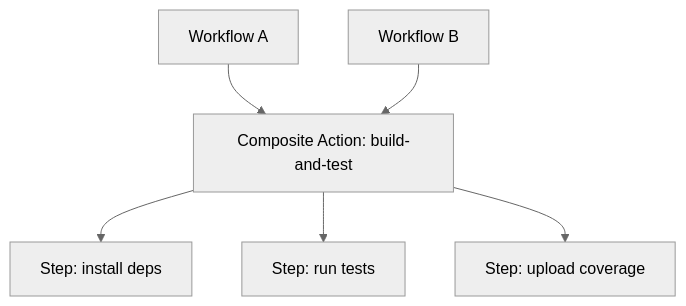
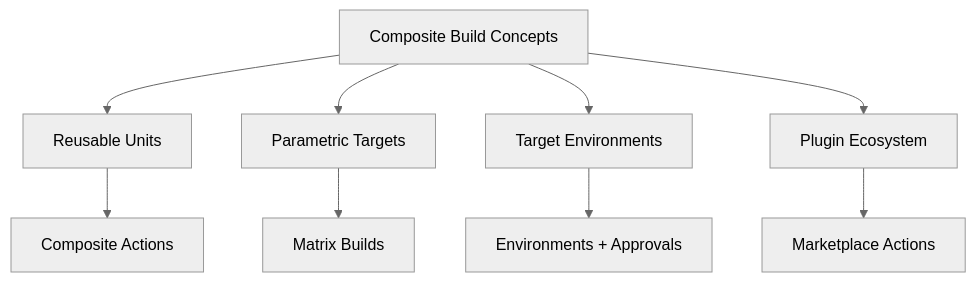
Before and after one commit to VishuKalier2003/System-Design-Components: diagram 11 of 21 in Composite/S02-CompositeBuildGraph/case-studies/GitHub-Actions.md, drawn with Mermaid (neutral theme). The commit also changed other lines of this file, not shown here.

````diff
--- a/Composite/S02-CompositeBuildGraph/case-studies/GitHub-Actions.md
+++ b/Composite/S02-CompositeBuildGraph/case-studies/GitHub-Actions.md
@@ -440,8 +344,12 @@
 ```mermaid
-graph TD
-    WF1[Workflow A] --> CA1[Composite Action: build-and-test]
-    WF2[Workflow B] --> CA1
-    CA1 --> ST1[Step: install deps]
-    CA1 --> ST2[Step: run tests]
-    CA1 --> ST3[Step: upload coverage]
+flowchart TD
+    A[Composite Build Concepts] --> B[Reusable Units]
+    A --> C[Parametric Targets]
+    A --> D[Target Environments]
+    A --> E[Plugin Ecosystem]
+
+    B --> B2[Composite Actions]
+    C --> C2[Matrix Builds]
+    D --> D2[Environments + Approvals]
+    E --> E2[Marketplace Actions]
 ```
````
